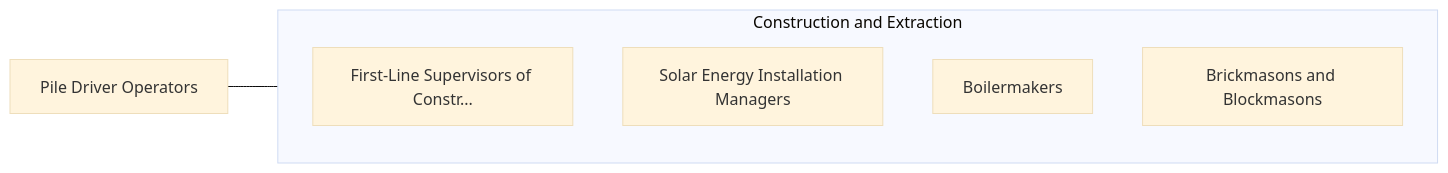
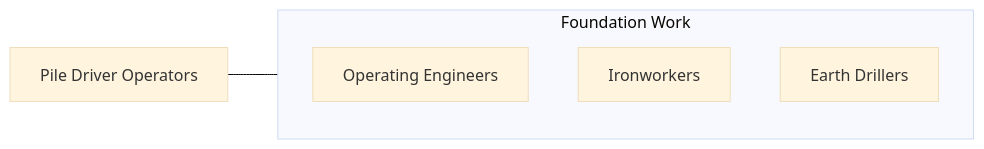
The fourth of 4 diagrams in occupations/Construction/PileDriverOperators.mdx (kziemski/business.org.ai), drawn with Mermaid (base theme) before and after one commit. The commit also changed other lines of this file and 938 other files, not shown here.

````diff
--- a/occupations/Construction/PileDriverOperators.mdx
+++ b/occupations/Construction/PileDriverOperators.mdx
@@ -94,13 +160,10 @@
 ```mermaid
 graph LR
     Current["Pile Driver Operators"]
-
-    subgraph SameCategory["Construction and Extraction"]
-        FirstLineSupervisors["First-Line Supervisors of Constr..."]
-        SolarEnergyInstallat["Solar Energy Installation Managers"]
-        Boilermakers["Boilermakers"]
-        BrickmasonsAndBlockm["Brickmasons and Blockmasons"]
+    subgraph Same["Foundation Work"]
+        OpEng["Operating Engineers"]
+        Iron["Ironworkers"]
+        Driller["Earth Drillers"]
     end
-
-    Current --- SameCategory
+    Current --- Same
 ```
````
